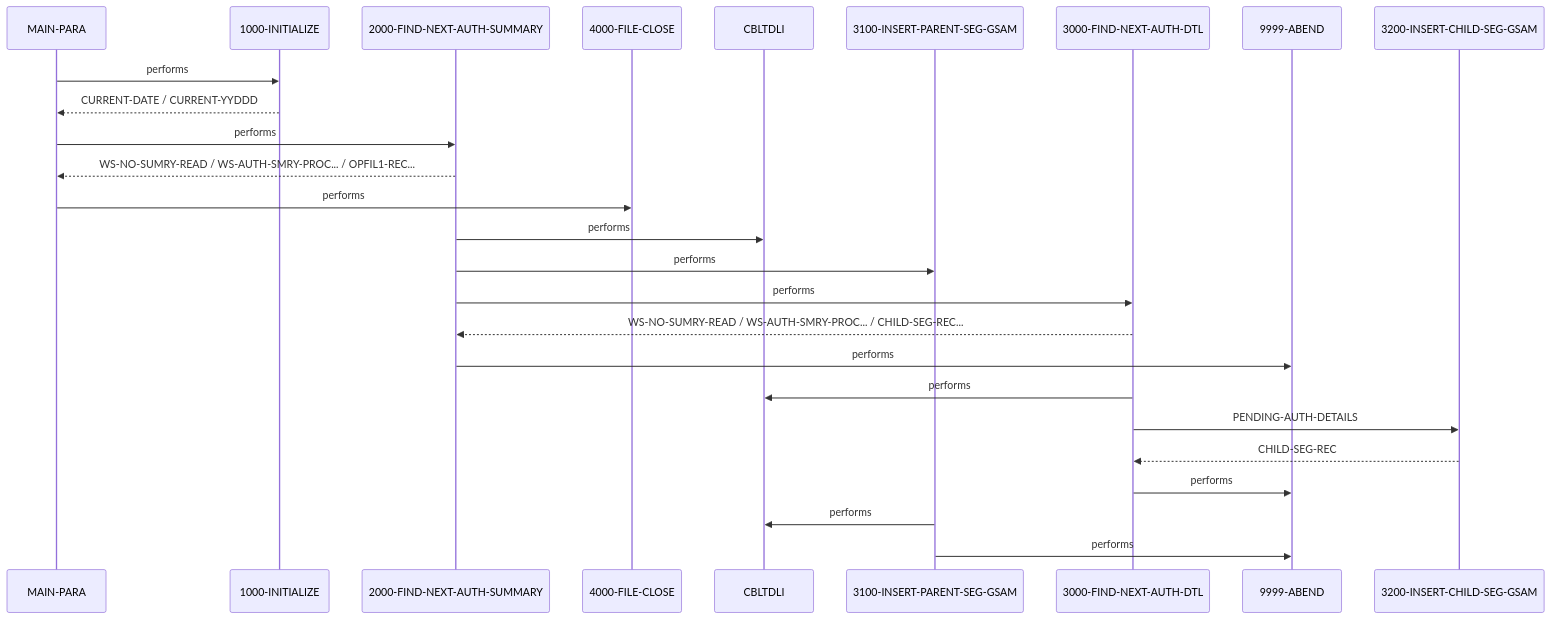
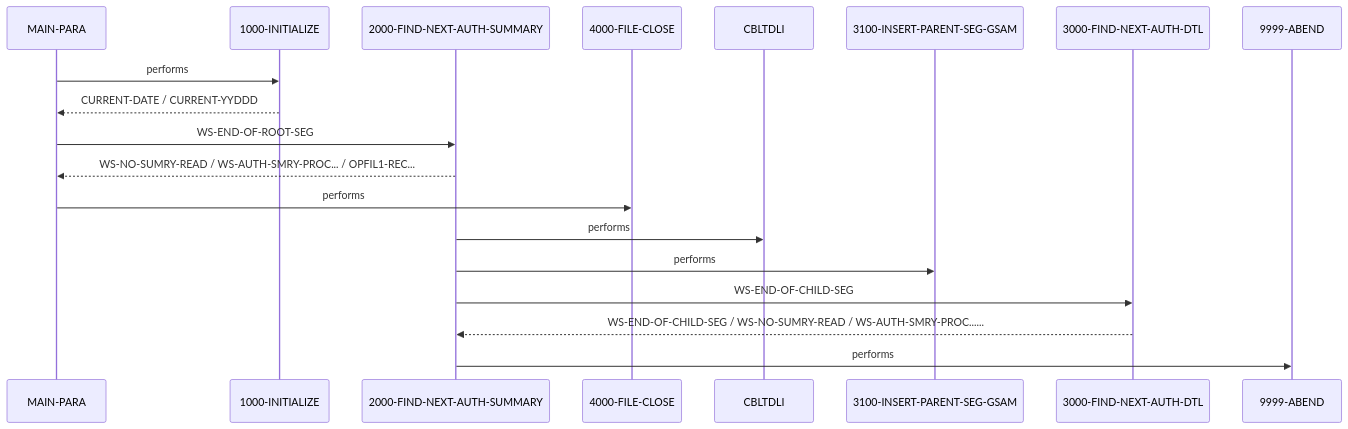
The diagram in example_output/cbl/DBUNLDGS.CBL.md (andrasfe/war_rig), drawn with Mermaid before and after one commit. The commit also changed other lines of this file and 283 other files, not shown here.

````diff
--- a/example_output/cbl/DBUNLDGS.CBL.md
+++ b/example_output/cbl/DBUNLDGS.CBL.md
@@ -189,28 +156,21 @@
 ```mermaid
 sequenceDiagram
     participant MAIN_PARA as MAIN-PARA
     participant 1000_INITIALIZE as 1000-INITIALIZE
     participant 2000_FIND_NEXT_AUTH_SUMMARY as 2000-FIND-NEXT-AUTH-SUMMARY
     participant 4000_FILE_CLOSE as 4000-FILE-CLOSE
     participant CBLTDLI as CBLTDLI
     participant 3100_INSERT_PARENT_SEG_GSAM as 3100-INSERT-PARENT-SEG-GSAM
     participant 3000_FIND_NEXT_AUTH_DTL as 3000-FIND-NEXT-AUTH-DTL
     participant 9999_ABEND as 9999-ABEND
-    participant 3200_INSERT_CHILD_SEG_GSAM as 3200-INSERT-CHILD-SEG-GSAM
     MAIN_PARA->>1000_INITIALIZE: performs
     1000_INITIALIZE-->>MAIN_PARA: CURRENT-DATE / CURRENT-YYDDD
-    MAIN_PARA->>2000_FIND_NEXT_AUTH_SUMMARY: performs
+    MAIN_PARA->>2000_FIND_NEXT_AUTH_SUMMARY: WS-END-OF-ROOT-SEG
     2000_FIND_NEXT_AUTH_SUMMARY-->>MAIN_PARA: WS-NO-SUMRY-READ / WS-AUTH-SMRY-PROC... / OPFIL1-REC...
     MAIN_PARA->>4000_FILE_CLOSE: performs
     2000_FIND_NEXT_AUTH_SUMMARY->>CBLTDLI: performs
     2000_FIND_NEXT_AUTH_SUMMARY->>3100_INSERT_PARENT_SEG_GSAM: performs
-    2000_FIND_NEXT_AUTH_SUMMARY->>3000_FIND_NEXT_AUTH_DTL: performs
-    3000_FIND_NEXT_AUTH_DTL-->>2000_FIND_NEXT_AUTH_SUMMARY: WS-NO-SUMRY-READ / WS-AUTH-SMRY-PROC... / CHILD-SEG-REC...
+    2000_FIND_NEXT_AUTH_SUMMARY->>3000_FIND_NEXT_AUTH_DTL: WS-END-OF-CHILD-SEG
+    3000_FIND_NEXT_AUTH_DTL-->>2000_FIND_NEXT_AUTH_SUMMARY: WS-END-OF-CHILD-SEG / WS-NO-SUMRY-READ / WS-AUTH-SMRY-PROC......
     2000_FIND_NEXT_AUTH_SUMMARY->>9999_ABEND: performs
-    3000_FIND_NEXT_AUTH_DTL->>CBLTDLI: performs
-    3000_FIND_NEXT_AUTH_DTL->>3200_INSERT_CHILD_SEG_GSAM: PENDING-AUTH-DETAILS
-    3200_INSERT_CHILD_SEG_GSAM-->>3000_FIND_NEXT_AUTH_DTL: CHILD-SEG-REC
-    3000_FIND_NEXT_AUTH_DTL->>9999_ABEND: performs
-    3100_INSERT_PARENT_SEG_GSAM->>CBLTDLI: performs
-    3100_INSERT_PARENT_SEG_GSAM->>9999_ABEND: performs
 ```
````
